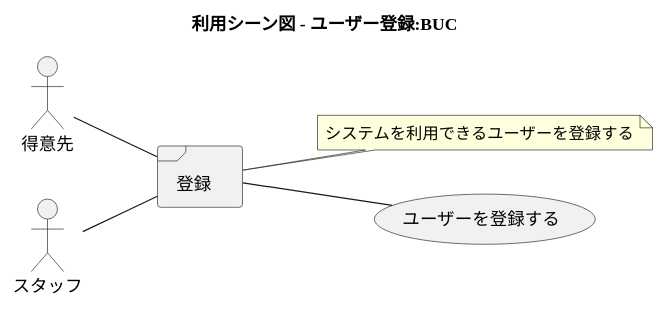
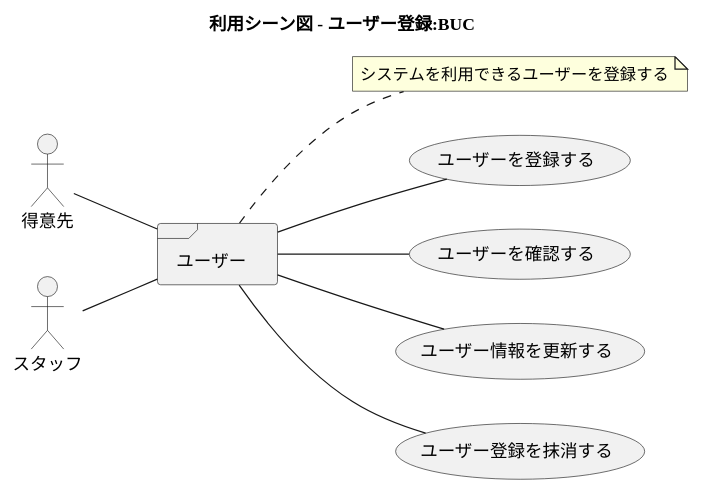
One commit to k2works/application_programing_excercise_2022 changed diagram 17 of 47 in docs/index.adoc. Above: the diagram before and after it, drawn with PlantUML. The commit also changed other lines of this file, not shown here.

Commit message:
docs: ビジネスユースケース

```diff
--- a/docs/index.adoc
+++ b/docs/index.adoc
@@ -596,24 +596,30 @@
 [plantuml]
 ----
 @startuml
 
 title 利用シーン図 - ユーザー登録:BUC
 
 left to right direction
 
 actor 得意先 as ac_01
 actor スタッフ as ac_02
 
-frame 登録 as fr_01
+frame ユーザー as fr_01
 note right of fr_01
   システムを利用できるユーザーを登録する
 end note
 
 usecase ユーザーを登録する as uc_01
+usecase ユーザーを確認する as uc_02
+usecase ユーザー情報を更新する as uc_03
+usecase ユーザー登録を抹消する as uc_04
 
 :ac_01: -- fr_01
 :ac_02: -- fr_01
 fr_01 -- (uc_01)
+fr_01 -- (uc_02)
+fr_01 -- (uc_03)
+fr_01 -- (uc_04)
 
 @enduml
 ----
```
